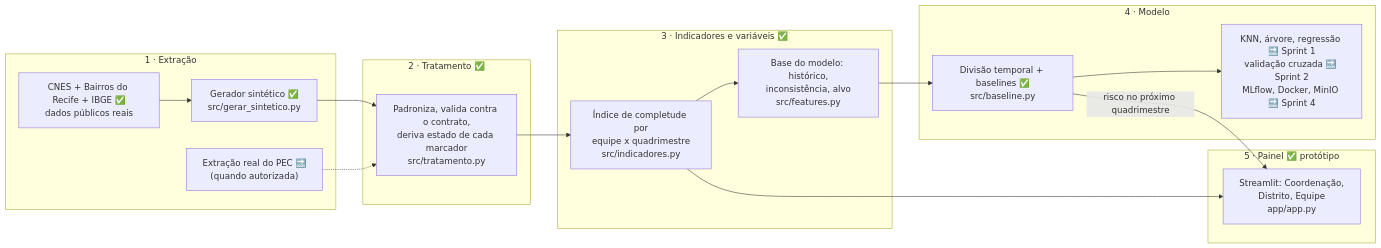
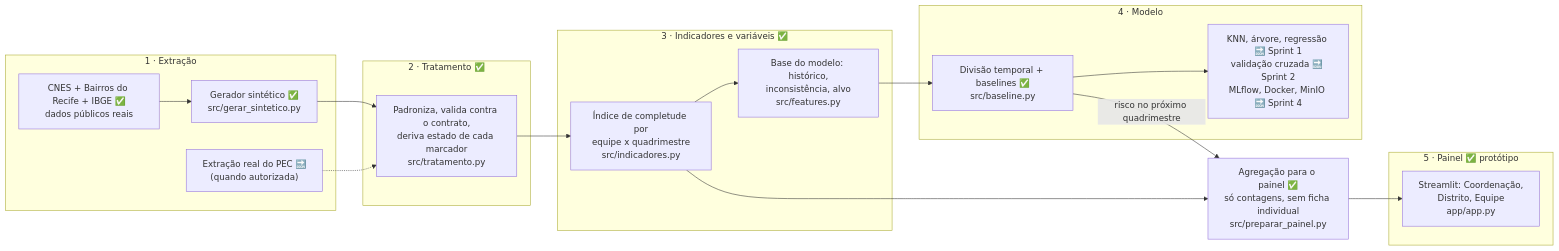
Before and after one commit to joaosouza-jota/painel-equidade-recife: the diagram in docs/arquitetura.md, drawn with Mermaid. The commit also changed other lines of this file and 8 other files, not shown here.

Commit message:
Painel le so dados agregados (app/dados): pronto para publicar no Streamlit Cloud

````diff
--- a/docs/arquitetura.md
+++ b/docs/arquitetura.md
@@ -11,28 +11,29 @@
 ```mermaid
 flowchart LR
     subgraph E1["1 · Extração"]
         A1["Gerador sintético ✅<br/>src/gerar_sintetico.py"]
         A2["Extração real do PEC 🔜<br/>(quando autorizada)"]
         A3["CNES + Bairros do Recife + IBGE ✅<br/>dados públicos reais"]
     end
     subgraph E2["2 · Tratamento ✅"]
         B["Padroniza, valida contra o contrato,<br/>deriva estado de cada marcador<br/>src/tratamento.py"]
     end
     subgraph E3["3 · Indicadores e variáveis ✅"]
         C1["Índice de completude por<br/>equipe x quadrimestre<br/>src/indicadores.py"]
         C2["Base do modelo: histórico,<br/>inconsistência, alvo<br/>src/features.py"]
     end
     subgraph E4["4 · Modelo"]
         D1["Divisão temporal + baselines ✅<br/>src/baseline.py"]
         D2["KNN, árvore, regressão 🔜 Sprint 1<br/>validação cruzada 🔜 Sprint 2<br/>MLflow, Docker, MinIO 🔜 Sprint 4"]
     end
     subgraph E5["5 · Painel ✅ protótipo"]
         F["Streamlit: Coordenação,<br/>Distrito, Equipe<br/>app/app.py"]
     end
     A1 --> B
     A2 -.-> B
     A3 --> A1
     B --> C1 --> C2 --> D1 --> D2
-    C1 --> F
-    D1 -- "risco no próximo quadrimestre" --> F
+    C1 --> G["Agregação para o painel ✅<br/>só contagens, sem ficha individual<br/>src/preparar_painel.py"]
+    D1 -- "risco no próximo quadrimestre" --> G
+    G --> F
 ```
````
